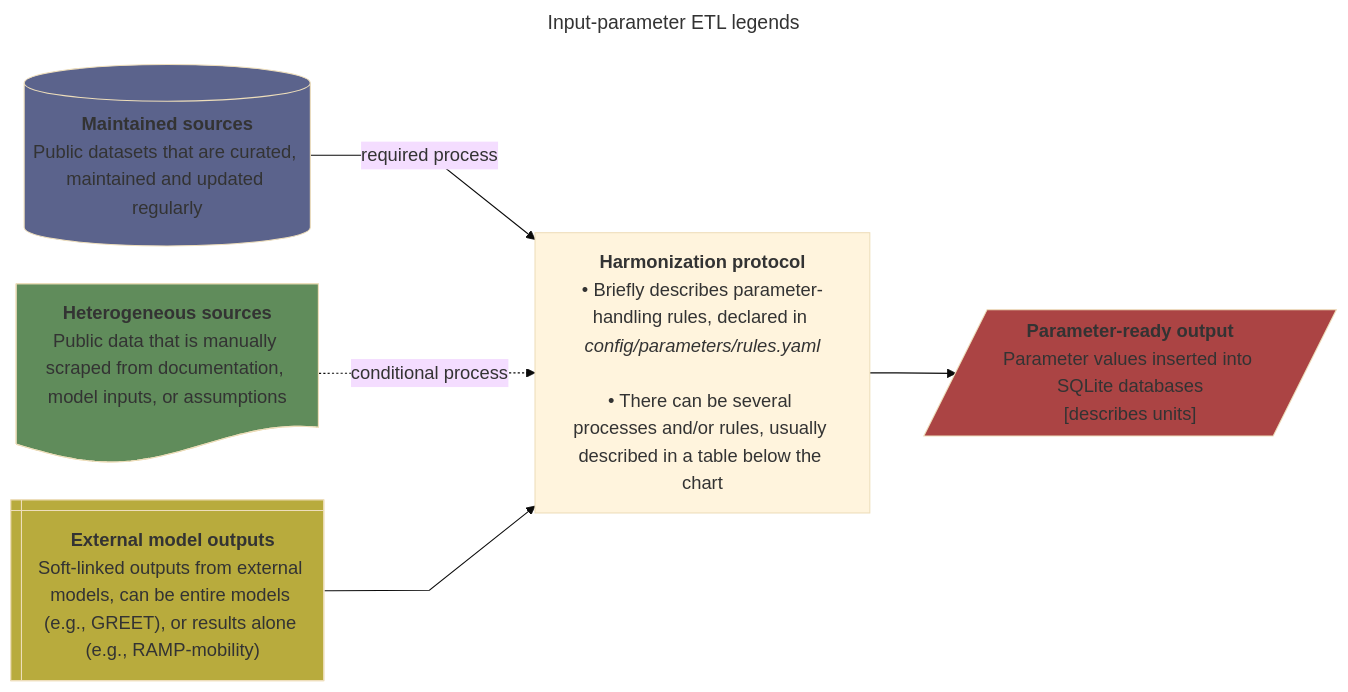
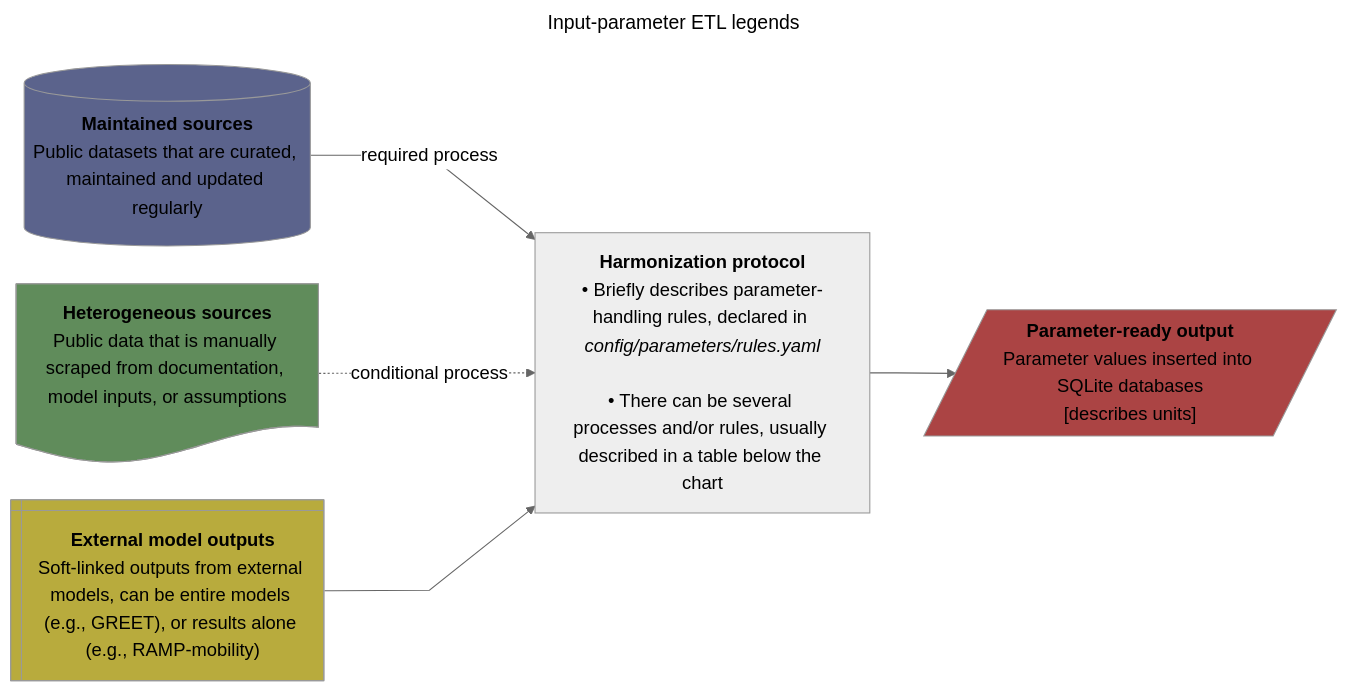
Before and after one commit to CANOE-main/canoe-transportation: the second of 9 diagrams in README.md, drawn with Mermaid. The commit also changed other lines of this file, not shown here.

````diff
--- a/README.md
+++ b/README.md
@@ -158,40 +158,40 @@
 ```mermaid
 ---
 title: Input-parameter ETL legends
 config:
   layout: dagre
-  theme: base
+  theme: neutral
   themeVariables:
     fontSize: 17px
   flowchart:
     nodeSpacing: 35
     rankSpacing: 50
     wrappingWidth: 250
     curve: linear
 ---
 flowchart LR
   %% --- Sources ---
   s0[("`**Maintained sources**<br>Public datasets that are curated, maintained and updated regularly`")]
   s1@{shape: doc, label: "**Heterogeneous sources**<br>Public data that is manually scraped from documentation, model inputs, or assumptions"}
   s2@{shape: win-pane, label: "**External model outputs**<br>Soft-linked outputs from external models, can be entire models (e.g., GREET), or results alone (e.g., RAMP-mobility)" }
 
   %% --- Processes ---
   p1["`**Harmonization protocol**<br>• Briefly describes parameter-handling rules, declared in *config/parameters/rules.yaml*<br><br>• There can be several processes and/or rules, usually described in a table below the chart`"]
 
   s0 -- required process --> p1
   s1 -. conditional process .-> p1
   s2 --> p1 
 
   p1 --> o1[/"`**Parameter-ready output**<br>Parameter values inserted into SQLite databases<br>[describes units]`"/]
 
   %% --- Styling ---
   classDef database fill:#5b638c
   classDef doc fill:#608c5b
   classDef model fill:#b8ab3d
   classDef output fill:#ab4444
 
   class s0 database
   class s1 doc
   class s2 model
   class o1 output
 ```
````
